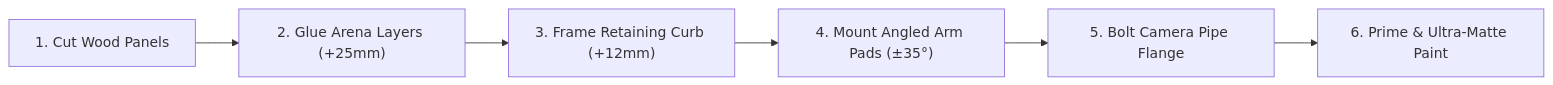
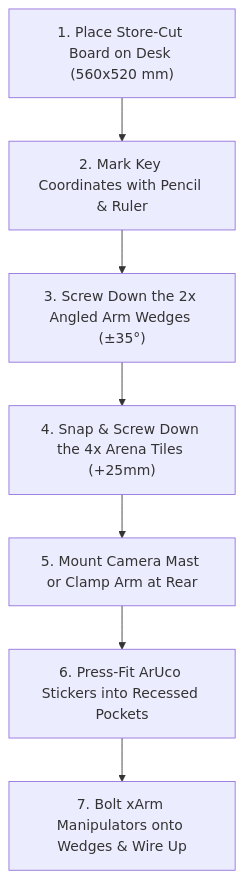
One commit to ShubhamJain17r/Sem-5-mini-project changed the diagram in docs/07_fusion360_cad_modeling_guide.md. Above: the diagram before and after it, drawn with Mermaid. The commit also changed other lines of this file, not shown here.

````diff
--- a/docs/07_fusion360_cad_modeling_guide.md
+++ b/docs/07_fusion360_cad_modeling_guide.md
@@ -121,8 +165,9 @@
 ```mermaid
-graph LR
-    A["1. Cut Wood Panels"] --> B["2. Glue Arena Layers (+25mm)"]
-    B --> C["3. Frame Retaining Curb (+12mm)"]
-    C --> D["4. Mount Angled Arm Pads (±35°)"]
-    D --> E["5. Bolt Camera Pipe Flange"]
-    E --> F["6. Prime & Ultra-Matte Paint"]
+graph TD
+    A["1. Place Store-Cut Board on Desk (560x520 mm)"] --> B["2. Mark Key Coordinates with Pencil & Ruler"]
+    B --> C["3. Screw Down the 2x Angled Arm Wedges (±35°)"]
+    C --> D["4. Snap & Screw Down the 4x Arena Tiles (+25mm)"]
+    D --> E["5. Mount Camera Mast or Clamp Arm at Rear"]
+    E --> F["6. Press-Fit ArUco Stickers into Recessed Pockets"]
+    F --> G["7. Bolt xArm Manipulators onto Wedges & Wire Up"]
 ```
````
